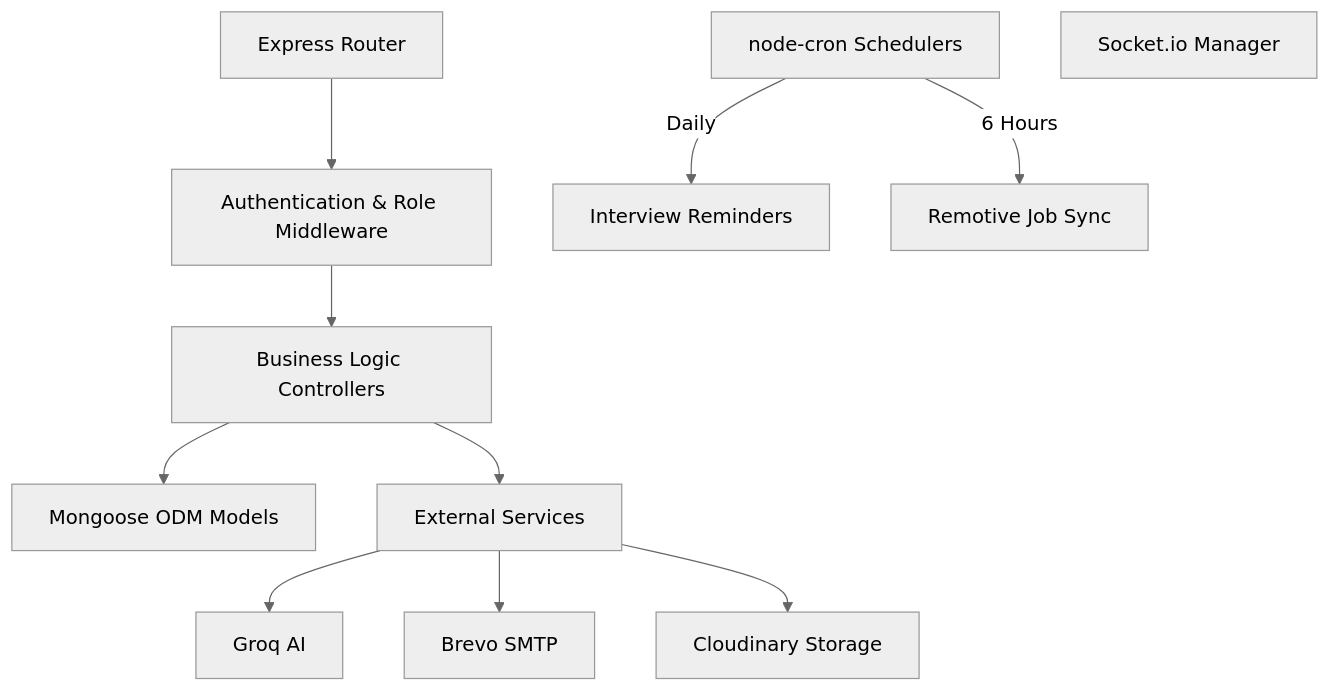
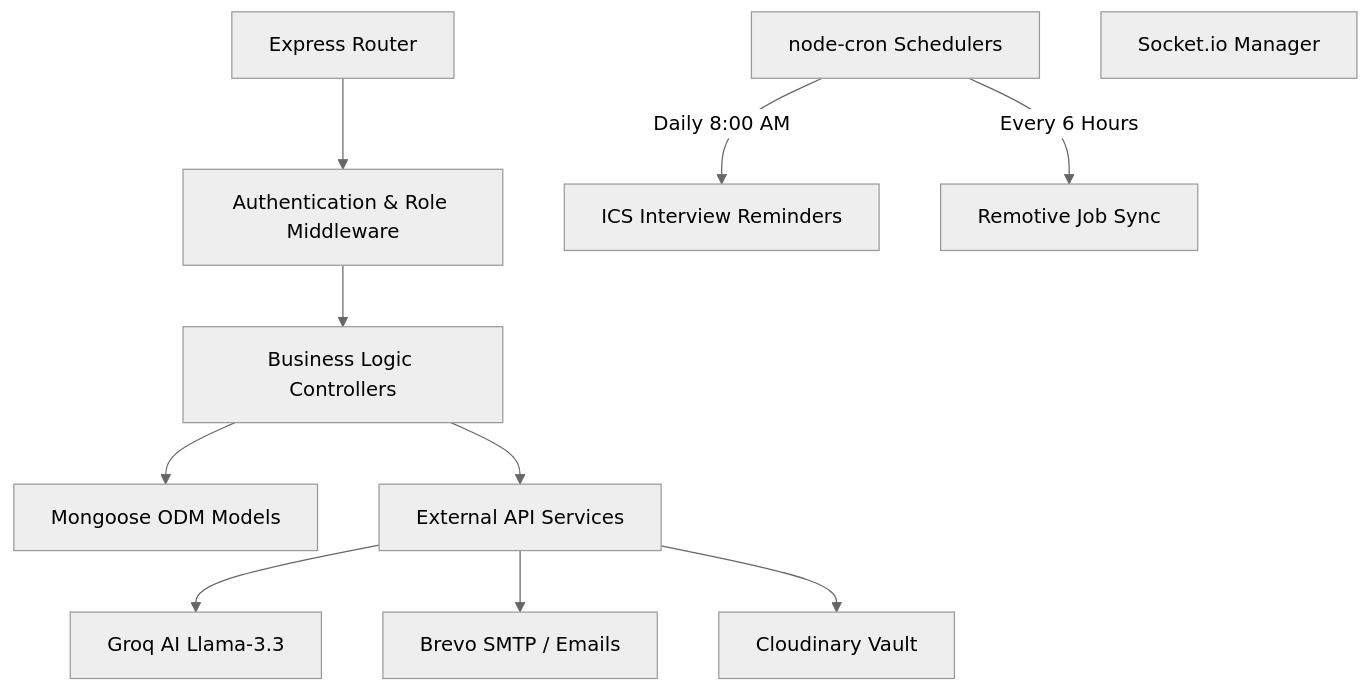
Before and after one commit to Abhijith-Sura/smart_placement_tracker: the first of 4 diagrams in server/README.md, drawn with Mermaid (neutral theme). The commit also changed other lines of this file and 2 other files, not shown here.

Commit message:
docs: restore detailed descriptions alongside mermaid flowcharts and add deployment links

````diff
--- a/server/README.md
+++ b/server/README.md
@@ -23,22 +24,22 @@
 ```mermaid
 graph TD
     Router[Express Router]
     AuthMid[Authentication & Role Middleware]
     Controllers[Business Logic Controllers]
     Models[Mongoose ODM Models]
     
     Cron[node-cron Schedulers]
     Socket[Socket.io Manager]
     
     Router --> AuthMid
     AuthMid --> Controllers
     Controllers --> Models
     
-    Controllers --> External[External Services]
-    External --> Groq[Groq AI]
-    External --> Brevo[Brevo SMTP]
-    External --> Cloudinary[Cloudinary Storage]
+    Controllers --> External[External API Services]
+    External --> Groq[Groq AI Llama-3.3]
+    External --> Brevo[Brevo SMTP / Emails]
+    External --> Cloudinary[Cloudinary Vault]
     
-    Cron -->|Daily| Email[Interview Reminders]
-    Cron -->|6 Hours| API[Remotive Job Sync]
+    Cron -->|Daily 8:00 AM| Email[ICS Interview Reminders]
+    Cron -->|Every 6 Hours| API[Remotive Job Sync]
 ```
````
